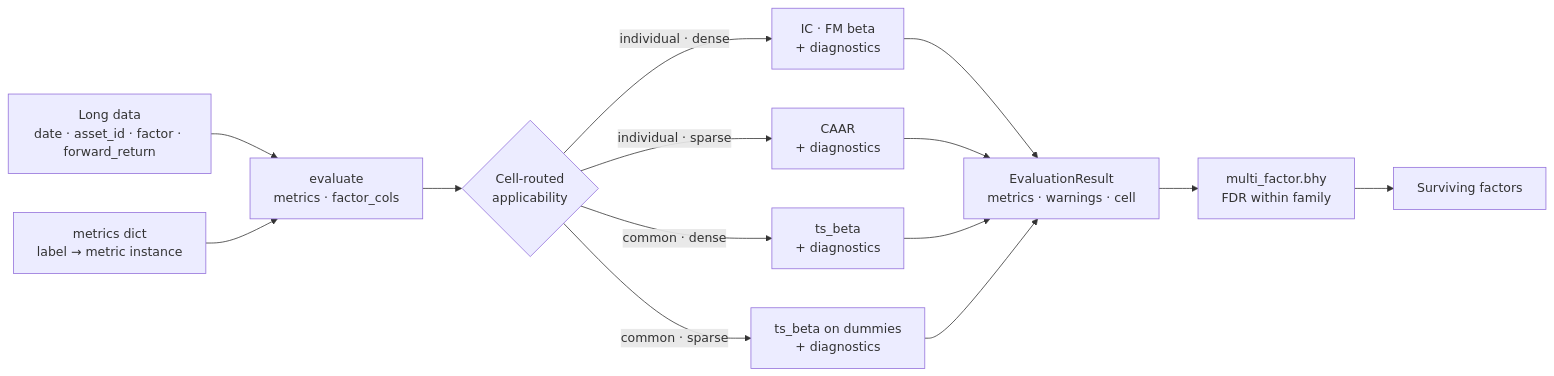
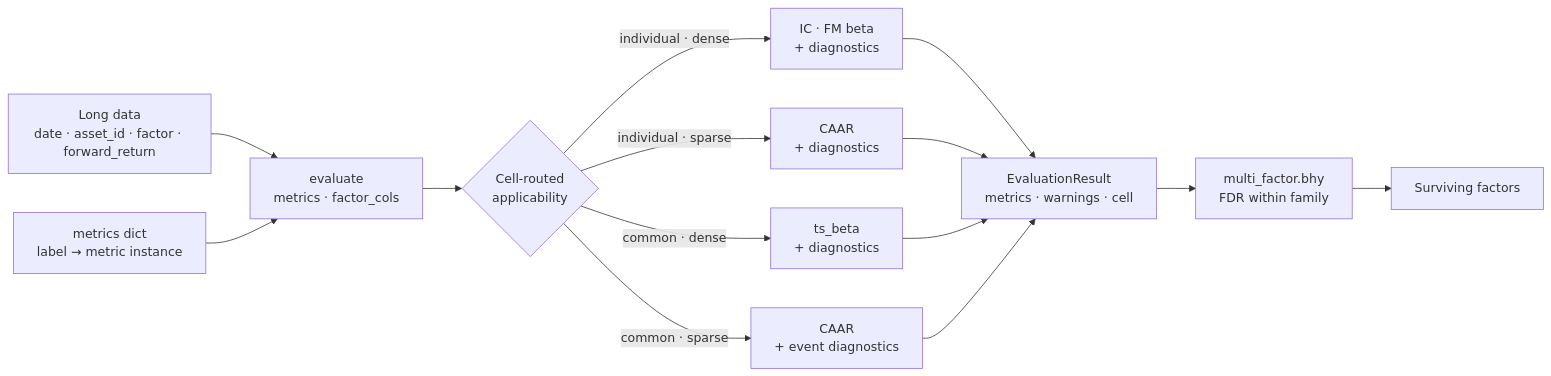
Before and after one commit to awwesomeman/factrix: the second of 3 diagrams in docs/where-factrix-fits.md, drawn with Mermaid. The commit also changed other lines of this file and 21 other files, not shown here.

````diff
--- a/docs/where-factrix-fits.md
+++ b/docs/where-factrix-fits.md
@@ -79,16 +79,16 @@
 ```mermaid
 flowchart LR
     DATA[Long data<br/>date · asset_id · factor · forward_return] --> EVAL[evaluate<br/>metrics · factor_cols]
     METRICS[metrics dict<br/>label → metric instance] --> EVAL
     EVAL --> DISP{Cell-routed<br/>applicability}
     DISP -->|individual · dense| CS[IC · FM beta<br/>+ diagnostics]
     DISP -->|individual · sparse| EV[CAAR<br/>+ diagnostics]
     DISP -->|common · dense| CO[ts_beta<br/>+ diagnostics]
-    DISP -->|common · sparse| DUM[ts_beta on dummies<br/>+ diagnostics]
+    DISP -->|common · sparse| DUM[CAAR<br/>+ event diagnostics]
     CS --> RES[EvaluationResult<br/>metrics · warnings · cell]
     EV --> RES
     CO --> RES
     DUM --> RES
     RES --> BHY[multi_factor.bhy<br/>FDR within family]
     BHY --> SURV[Surviving factors]
 ```
````
